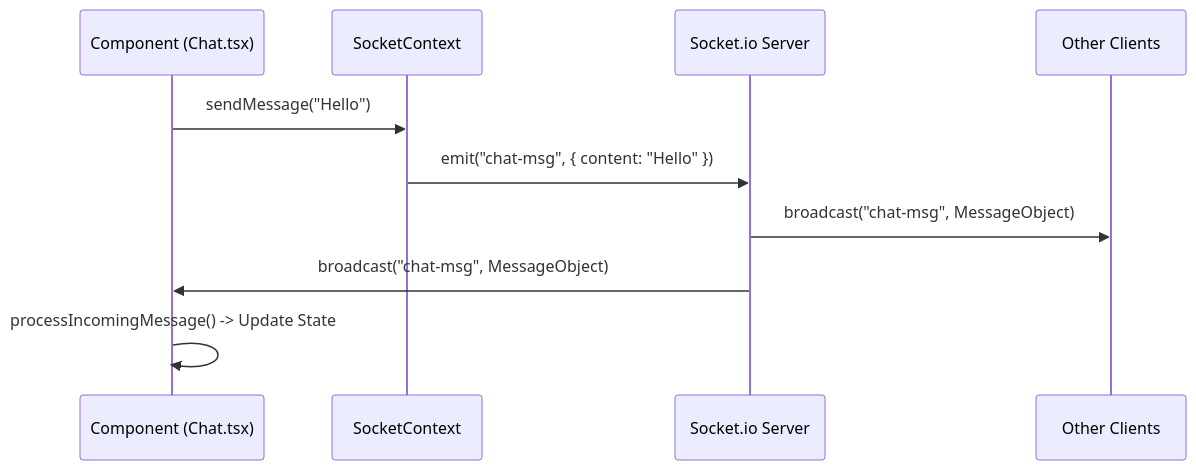
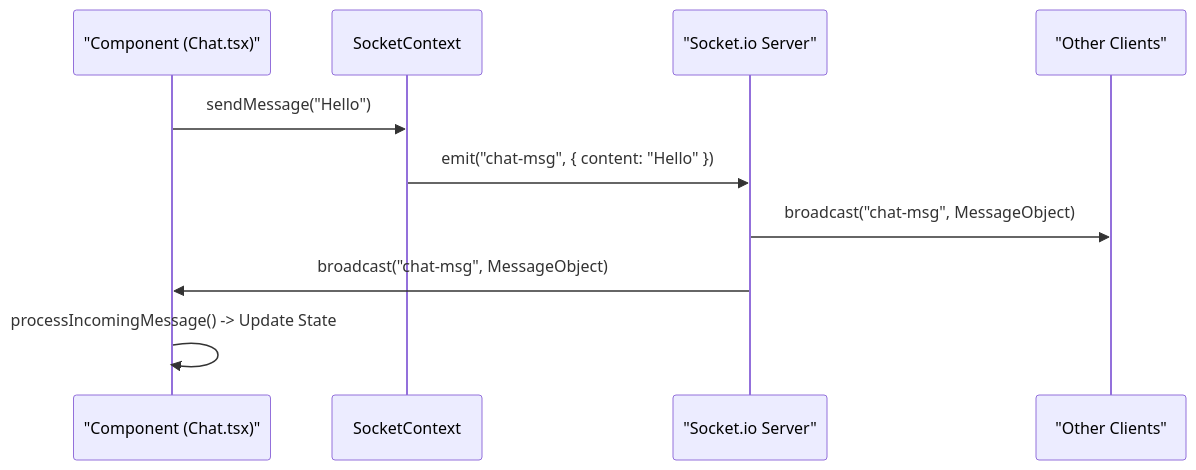
Before and after one commit to AubinManceau/chat_app_pwa: the diagram in documentation/messaging.md, drawn with Mermaid. The commit also changed 2 other files, not shown here.

````diff
--- a/documentation/messaging.md
+++ b/documentation/messaging.md
@@ -20,13 +20,13 @@
 ```mermaid
 sequenceDiagram
-    participant UI as Component (Chat.tsx)
+    participant UI as "Component (Chat.tsx)"
     participant Context as SocketContext
-    participant Server as Socket.io Server
-    participant Clients as Other Clients
+    participant Server as "Socket.io Server"
+    participant Clients as "Other Clients"
     
     UI->>Context: sendMessage("Hello")
     Context->>Server: emit("chat-msg", { content: "Hello" })
     Server->>Clients: broadcast("chat-msg", MessageObject)
     Server->>UI: broadcast("chat-msg", MessageObject)
     UI->>UI: processIncomingMessage() -> Update State
 ```
````
